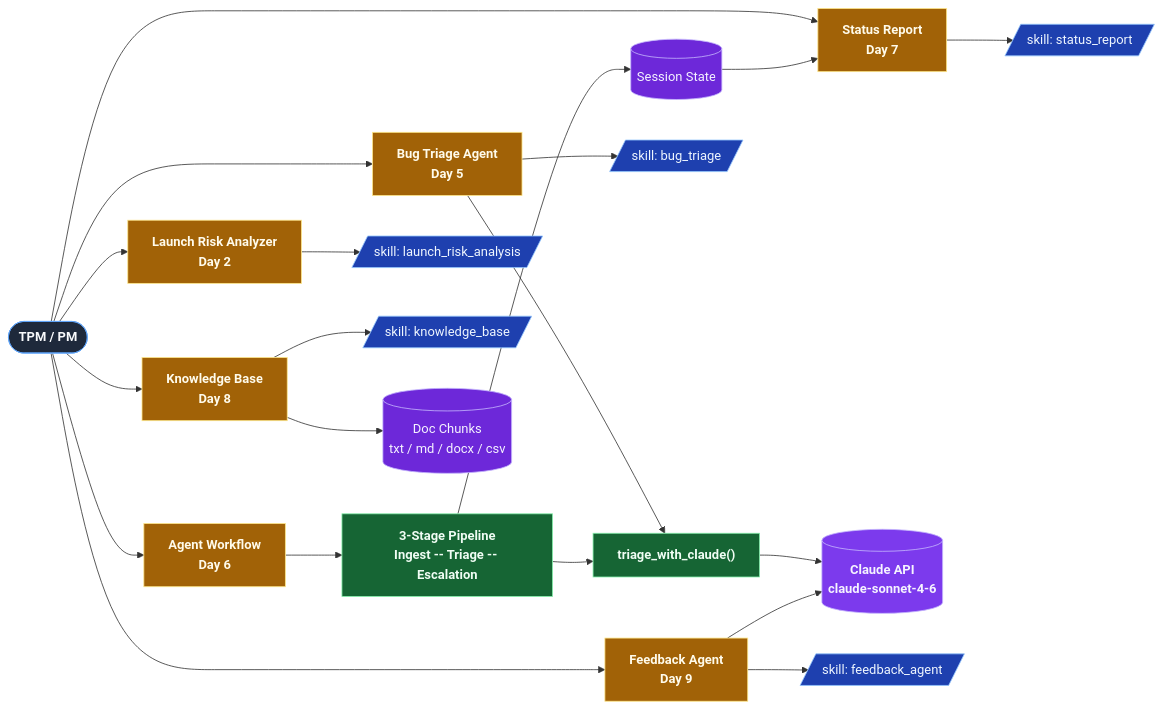
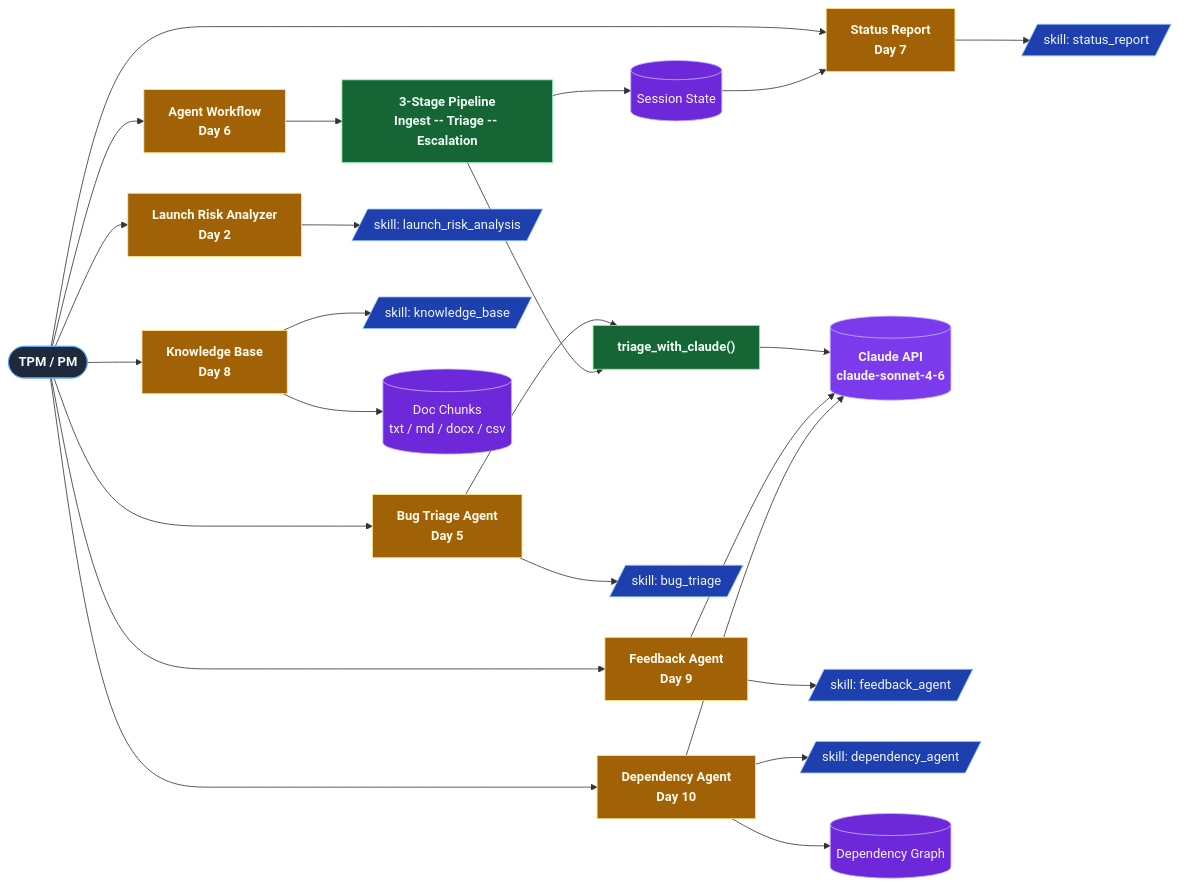
Before and after one commit to shwsingh/pm-tpm-ai-tools: the second of 2 diagrams in README.md, drawn with Mermaid. The commit also changed other lines of this file and 5 other files, not shown here.

First line of the commit message:
Day 10 - Dependency Agent with Claude graph reasoning

````diff
--- a/README.md
+++ b/README.md
@@ -101,52 +102,59 @@
 ```mermaid
 flowchart LR
     User(["TPM / PM"]):::user
 
     LRA["Launch Risk Analyzer<br/>Day 2"]:::ui
     D5["Bug Triage Agent<br/>Day 5"]:::ui
     WF["Agent Workflow<br/>Day 6"]:::ui
     SR["Status Report<br/>Day 7"]:::ui
     KB["Knowledge Base<br/>Day 8"]:::ui
     FA["Feedback Agent<br/>Day 9"]:::ui
+    DA["Dependency Agent<br/>Day 10"]:::ui
 
     PIPE["3-Stage Pipeline<br/>Ingest -- Triage -- Escalation"]:::agent
     BTA["triage_with_claude()"]:::agent
     CLAUDE[("Claude API<br/>claude-sonnet-4-6")]:::llm
 
     S_LR[/"skill: launch_risk_analysis"/]:::skill
     S_BUG[/"skill: bug_triage"/]:::skill
     S_SR[/"skill: status_report"/]:::skill
     S_KB[/"skill: knowledge_base"/]:::skill
     S_FA[/"skill: feedback_agent"/]:::skill
+    S_DA[/"skill: dependency_agent"/]:::skill
 
     SS[("Session State")]:::store
     CHUNKS[("Doc Chunks<br/>txt / md / docx / csv")]:::store
+    DEPS[("Dependency Graph")]:::store
 
     User --> LRA
     User --> D5
     User --> WF
     User --> SR
     User --> KB
     User --> FA
+    User --> DA
 
     LRA --> S_LR
     D5 --> BTA
     D5 --> S_BUG
     WF --> PIPE
     PIPE --> BTA
     BTA --> CLAUDE
     PIPE --> SS
     SS --> SR
     SR --> S_SR
     KB --> CHUNKS
     KB --> S_KB
     FA --> S_FA
     FA --> CLAUDE
+    DA --> DEPS
+    DA --> S_DA
+    DA --> CLAUDE
 
     classDef user fill:#1e293b,stroke:#60a5fa,color:#f8fafc,font-weight:bold
     classDef ui fill:#a16207,stroke:#fde68a,color:#fffbeb,font-weight:bold
     classDef agent fill:#166534,stroke:#86efac,color:#f0fdf4,font-weight:bold
     classDef skill fill:#1e40af,stroke:#93c5fd,color:#eff6ff
     classDef store fill:#6d28d9,stroke:#c4b5fd,color:#f5f3ff
     classDef llm fill:#7c3aed,stroke:#c4b5fd,color:#f5f3ff,font-weight:bold
 ```
````
